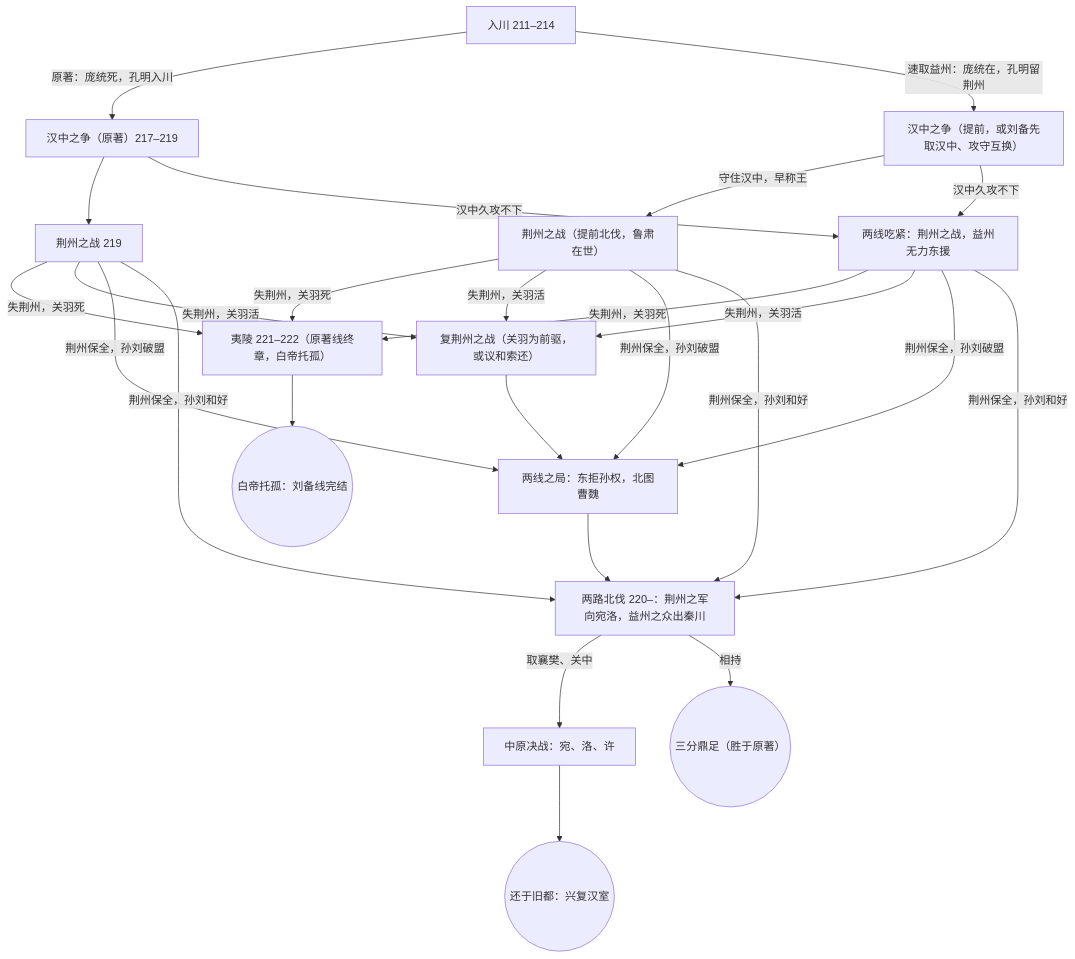
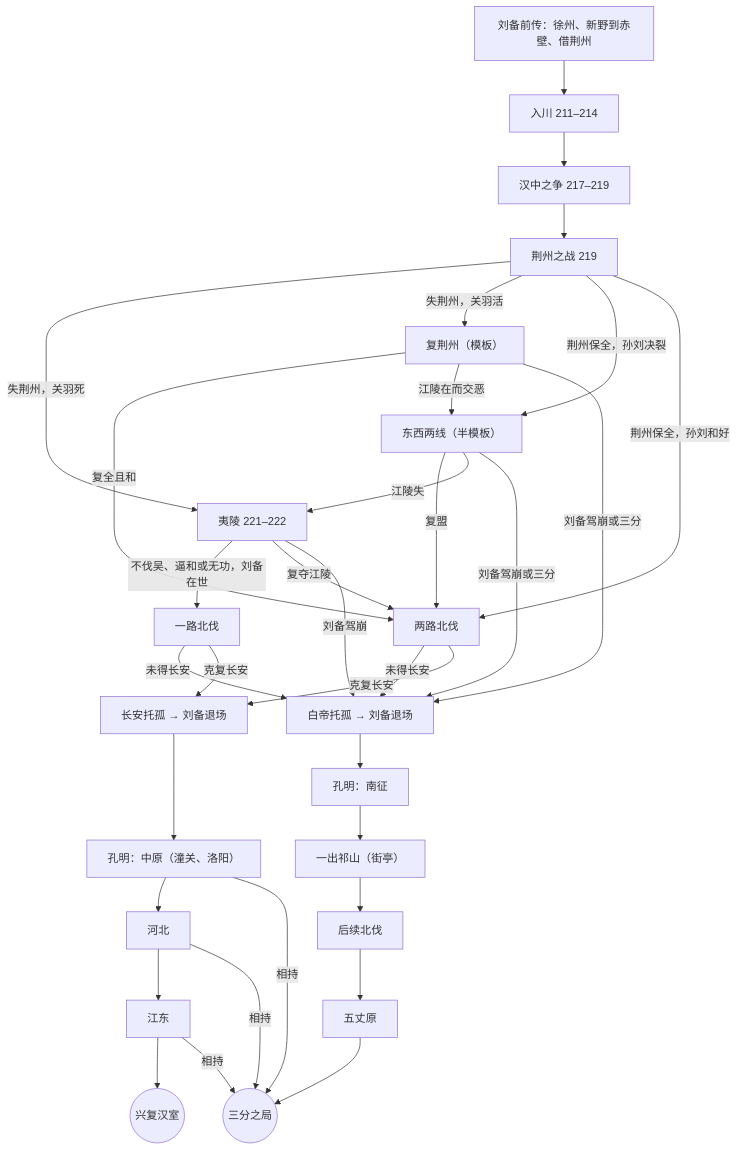
One commit to khe004/altertale changed the diagram in docs/roadmap.md. Above: the diagram before and after it, drawn with Mermaid. The commit also changed other lines of this file, not shown here.

First line of the commit message:
路线图：改为蜀汉线（刘备前传 → 刘备线 → 刘备退场 → 孔明线），同步现状与世界线图

````diff
--- a/docs/roadmap.md
+++ b/docs/roadmap.md
@@ -121,18 +121,23 @@
 ```mermaid
 flowchart TD
-  RC["入川 211–214"] -->|原著：庞统死，孔明入川| HZ1["汉中之争（原著）217–219"]
-  RC -->|速取益州：庞统在，孔明留荆州| HZ2["汉中之争（提前，或刘备先取汉中、攻守互换）"]
-  HZ1 --> JZ["荆州之战 219"]
-  HZ2 -->|守住汉中，早称王| JZE["荆州之战（提前北伐，鲁肃在世）"]
-  HZ1 & HZ2 -->|汉中久攻不下| TWO["两线吃紧：荆州之战，益州无力东援"]
-  JZ & JZE & TWO -->|失荆州，关羽死| YL["夷陵 221–222（原著线终章，白帝托孤）"]
-  JZ & JZE & TWO -->|失荆州，关羽活| FU["复荆州之战（关羽为前驱，或议和索还）"]
-  JZ & JZE & TWO -->|荆州保全，孙刘破盟| DX["两线之局：东拒孙权，北图曹魏"]
-  JZ & JZE & TWO -->|荆州保全，孙刘和好| BF["两路北伐 220–：荆州之军向宛洛，益州之众出秦川"]
-  FU --> DX
-  DX --> BF
-  BF -->|取襄樊、关中| ZY["中原决战：宛、洛、许"]
-  ZY --> END1(("还于旧都：兴复汉室"))
-  BF -->|相持| END2(("三分鼎足（胜于原著）"))
-  YL --> END3(("白帝托孤：刘备线完结"))
+  PRE["刘备前传：徐州、新野到赤壁、借荆州"] --> RC
+  RC["入川 211–214"] --> HZ["汉中之争 217–219"]
+  HZ --> JZ["荆州之战 219"]
+  JZ -->|失荆州，关羽死| YL["夷陵 221–222"]
+  JZ -->|失荆州，关羽活| FU["复荆州（模板）"]
+  JZ -->|荆州保全，孙刘决裂| DX["东西两线（半模板）"]
+  JZ -->|荆州保全，孙刘和好| BF2["两路北伐"]
+  FU -->|复全且和| BF2
+  FU -->|江陵在而交恶| DX
+  DX -->|复盟| BF2
+  DX -->|江陵失| YL
+  YL -->|不伐吴、逼和或无功，刘备在世| BF1["一路北伐"]
+  YL -->|复夺江陵| BF2
+  YL -->|刘备驾崩| TG["白帝托孤 → 刘备退场"]
+  BF1 & BF2 -->|未得长安| TG
+  BF1 & BF2 -->|克复长安| TG2["长安托孤 → 刘备退场"]
+  FU & DX -->|刘备驾崩或三分| TG
+  TG --> NZ["孔明：南征"] --> QS["一出祁山（街亭）"] --> BFX["后续北伐"] --> WZ["五丈原"] --> END2(("三分之局"))
+  TG2 --> ZY["孔明：中原（潼关、洛阳）"] --> HB["河北"] --> JD["江东"] --> END1(("兴复汉室"))
+  ZY & HB & JD -->|相持| END2
 ```
````
